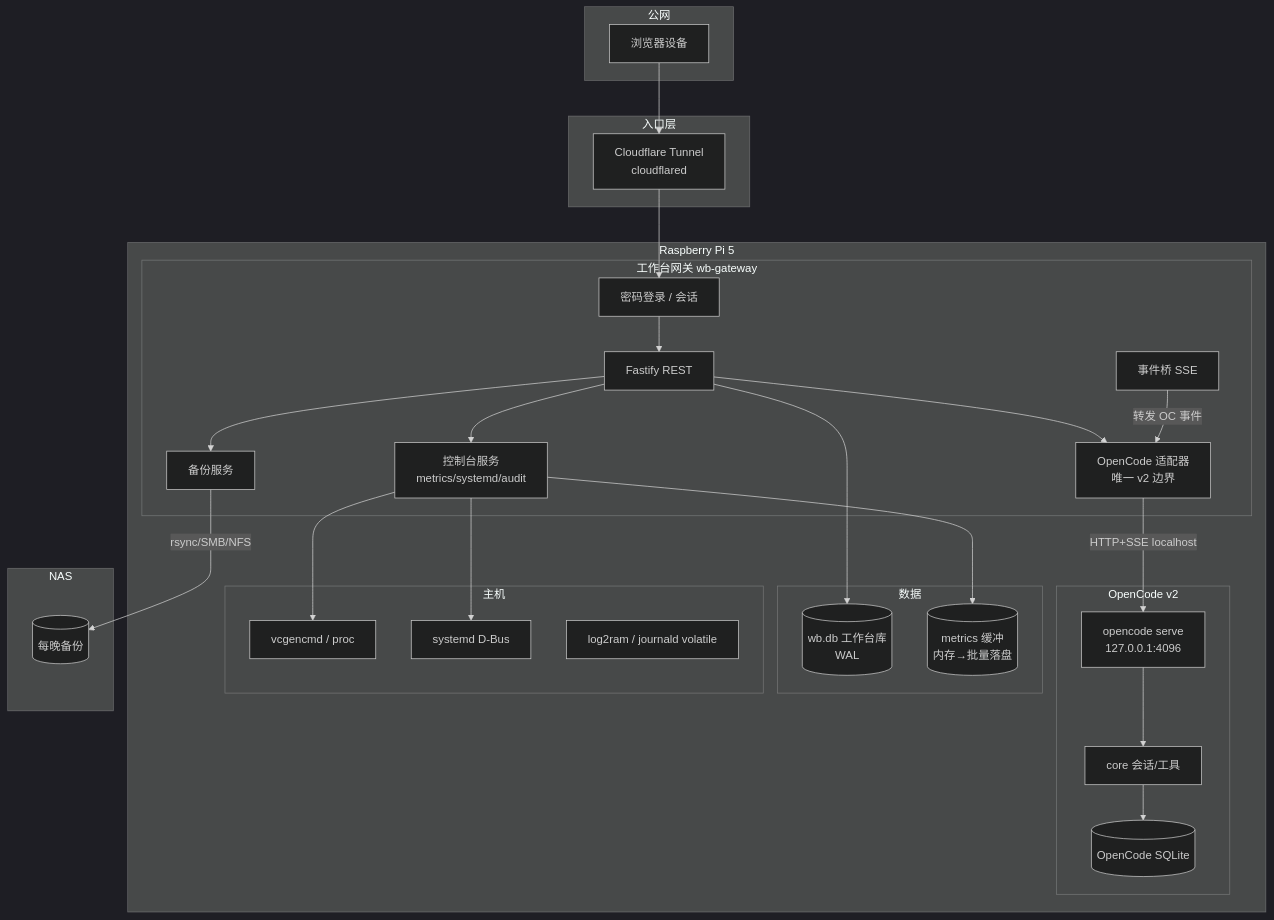
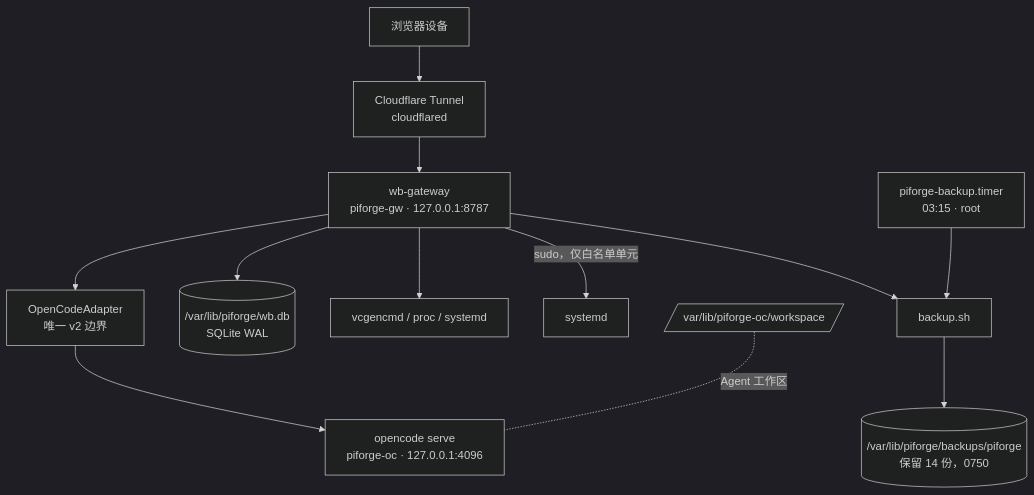
One commit to antifield26/PiForge changed the diagram in docs/ARCHITECTURE.md. Above: the diagram before and after it, drawn with Mermaid (dark theme). The commit also changed other lines of this file and 6 other files, not shown here.

First line of the commit message:
docs: rewrite architecture, guides and changelog to match the deployed system

````diff
--- a/docs/ARCHITECTURE.md
+++ b/docs/ARCHITECTURE.md
@@ -19,56 +21,14 @@
 ```mermaid
 flowchart TB
-  subgraph Public["公网"]
-    U[浏览器设备]
-  end
-
-  subgraph Edge["入口层"]
-    CF[Cloudflare Tunnel<br/>cloudflared]
-  end
-
-  subgraph Pi["Raspberry Pi 5"]
-    subgraph WB["工作台网关 wb-gateway"]
-      AUTH[密码登录 / 会话]
-      API[Fastify REST]
-      SSE[事件桥 SSE]
-      ADPT[OpenCode 适配器<br/>唯一 v2 边界]
-      SYS[控制台服务<br/>metrics/systemd/audit]
-      BAK[备份服务]
-    end
-
-    subgraph OC["OpenCode v2"]
-      SRV[opencode serve<br/>127.0.0.1:4096]
-      CORE[core 会话/工具]
-      ODB[(OpenCode SQLite)]
-    end
-
-    subgraph DATA["数据"]
-      WDB[(wb.db 工作台库<br/>WAL)]
-      TS[(metrics 缓冲<br/>内存→批量落盘)]
-    end
-
-    subgraph HOST["主机"]
-      VC[vcgencmd / proc]
-      SD[systemd D-Bus]
-      LOG[log2ram / journald volatile]
-    end
-  end
-
-  subgraph NAS["NAS"]
-    BK[(每晚备份)]
-  end
-
-  U --> CF --> AUTH
-  AUTH --> API
-  API --> ADPT
-  API --> SYS
-  API --> BAK
-  ADPT -->|HTTP+SSE localhost| SRV
-  SRV --> CORE --> ODB
-  API --> WDB
-  SYS --> VC
-  SYS --> SD
-  SYS --> TS
-  BAK -->|rsync/SMB/NFS| BK
-  SSE -->|转发 OC 事件| ADPT
+  U[浏览器设备] --> CF[Cloudflare Tunnel<br/>cloudflared]
+  CF --> GW[wb-gateway<br/>piforge-gw · 127.0.0.1:8787]
+  GW --> ADPT[OpenCodeAdapter<br/>唯一 v2 边界]
+  ADPT --> OC[opencode serve<br/>piforge-oc · 127.0.0.1:4096]
+  GW --> DB[(/var/lib/piforge/wb.db<br/>SQLite WAL)]
+  GW --> HOST[vcgencmd / proc / systemd]
+  GW -->|sudo，仅白名单单元| SD[systemd]
+  GW --> BK[backup.sh]
+  TIMER[piforge-backup.timer<br/>03:15 · root] --> BK
+  BK --> ARCH[(/var/lib/piforge/backups/piforge<br/>保留 14 份，0750)]
+  WS[/var/lib/piforge-oc/workspace/] -.Agent 工作区.- OC
 ```
````
